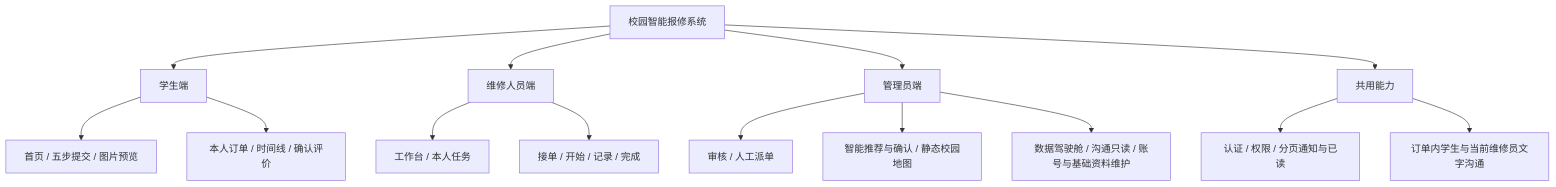
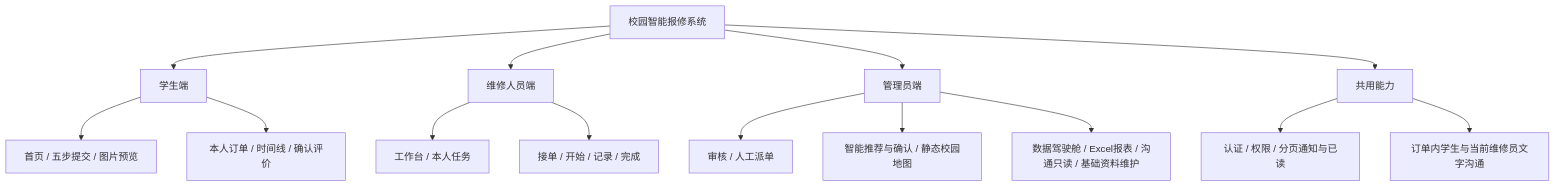
The second of 4 diagrams in docs/architecture.md (koajsj/sushebaoxiu), drawn with Mermaid before and after one commit. The commit also changed other lines of this file and 133 other files, not shown here.

````diff
--- a/docs/architecture.md
+++ b/docs/architecture.md
@@ -29,16 +29,16 @@
 ```mermaid
 flowchart TD
     System[校园智能报修系统] --> Student[学生端]
     System --> Worker[维修人员端]
     System --> Admin[管理员端]
     System --> Shared[共用能力]
     Student --> S1[首页 / 五步提交 / 图片预览]
     Student --> S2[本人订单 / 时间线 / 确认评价]
     Worker --> W1[工作台 / 本人任务]
     Worker --> W2[接单 / 开始 / 记录 / 完成]
     Admin --> A1[审核 / 人工派单]
     Admin --> A2[智能推荐与确认 / 静态校园地图]
-    Admin --> A3[数据驾驶舱 / 沟通只读 / 账号与基础资料维护]
+    Admin --> A3[数据驾驶舱 / Excel报表 / 沟通只读 / 基础资料维护]
     Shared --> C1[认证 / 权限 / 分页通知与已读]
     Shared --> C2[订单内学生与当前维修员文字沟通]
 ```
````
